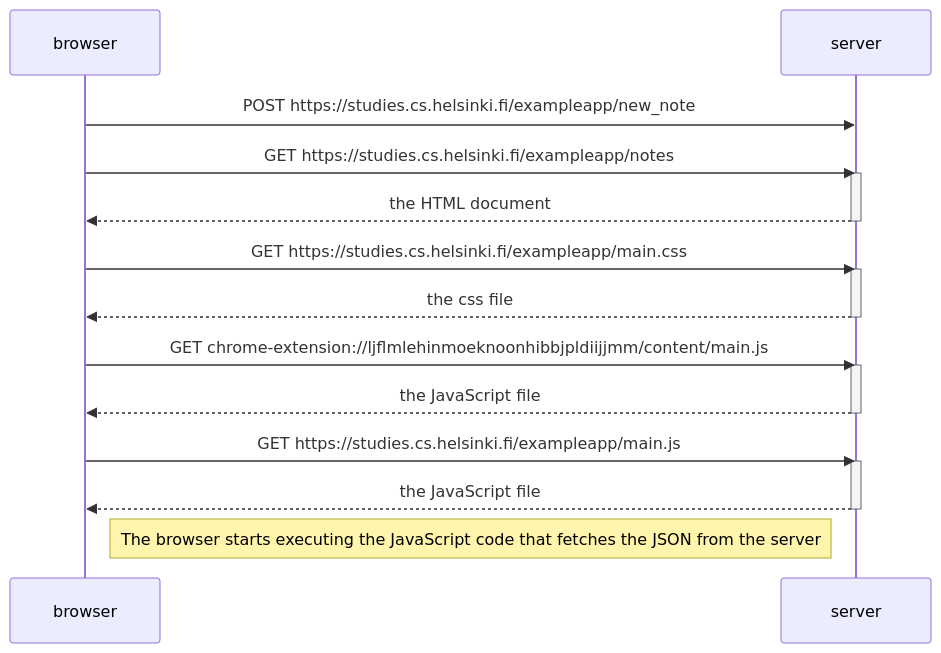
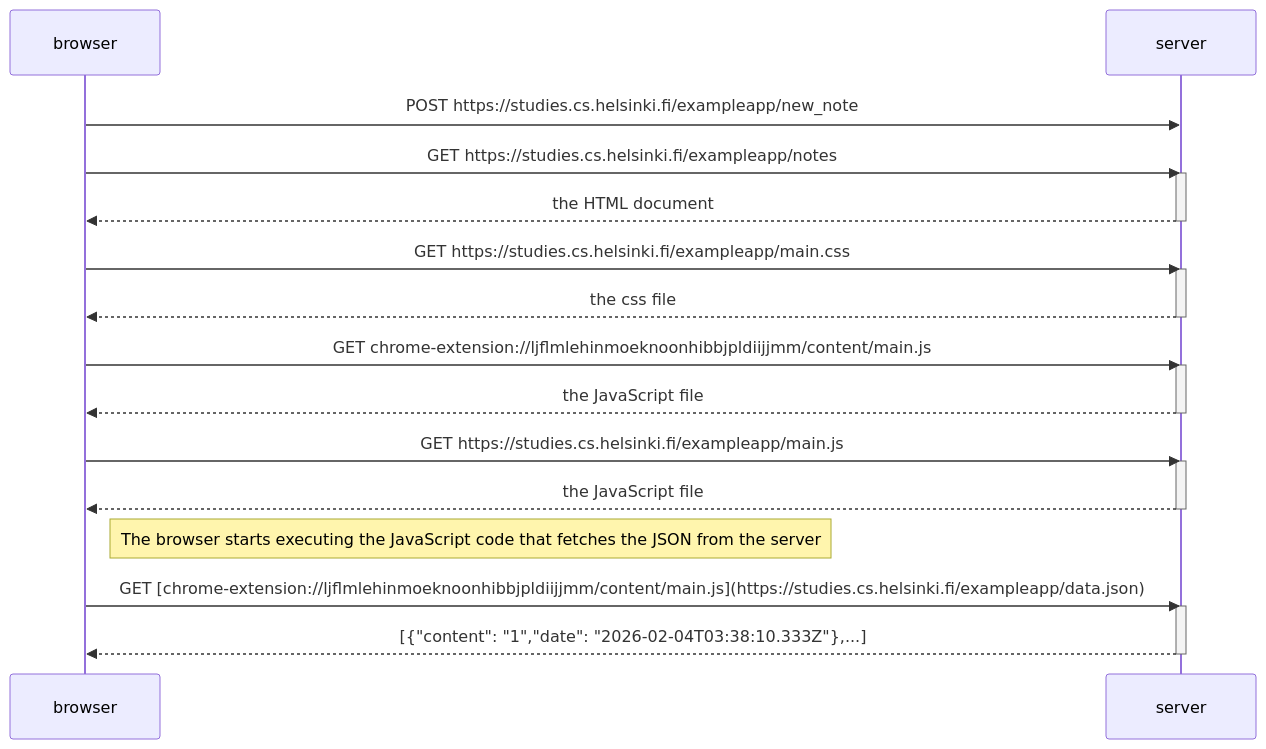
Before and after one commit to SuperAoao/Fullstack: the diagram in part0/4.md, drawn with Mermaid.

Commit message:
Update part0/4.md with JSON fetch example
Add example of fetching JSON data from server in diagram

````diff
--- a/part0/4.md
+++ b/part0/4.md
@@ -1,30 +1,35 @@
 ```mermaid
 sequenceDiagram
     participant browser
     participant server
 
     browser->>server: POST https://studies.cs.helsinki.fi/exampleapp/new_note
 
     browser->>server: GET https://studies.cs.helsinki.fi/exampleapp/notes
 
     activate server
     server-->>browser: the HTML document
     deactivate server
 
     browser->>server: GET https://studies.cs.helsinki.fi/exampleapp/main.css
     activate server
     server-->>browser: the css file
     deactivate server
 
     browser->>server: GET chrome-extension://ljflmlehinmoeknoonhibbjpldiijjmm/content/main.js
     activate server
     server-->>browser: the JavaScript file
     deactivate server
 
     browser->>server: GET https://studies.cs.helsinki.fi/exampleapp/main.js
     activate server
     server-->>browser: the JavaScript file
     deactivate server
 
     Note right of browser: The browser starts executing the JavaScript code that fetches the JSON from the server
+
+    browser->>server: GET [chrome-extension://ljflmlehinmoeknoonhibbjpldiijjmm/content/main.js](https://studies.cs.helsinki.fi/exampleapp/data.json)
+    activate server
+    server-->>browser: [{"content": "1","date": "2026-02-04T03:38:10.333Z"},...]
+    deactivate server
  ```
````
